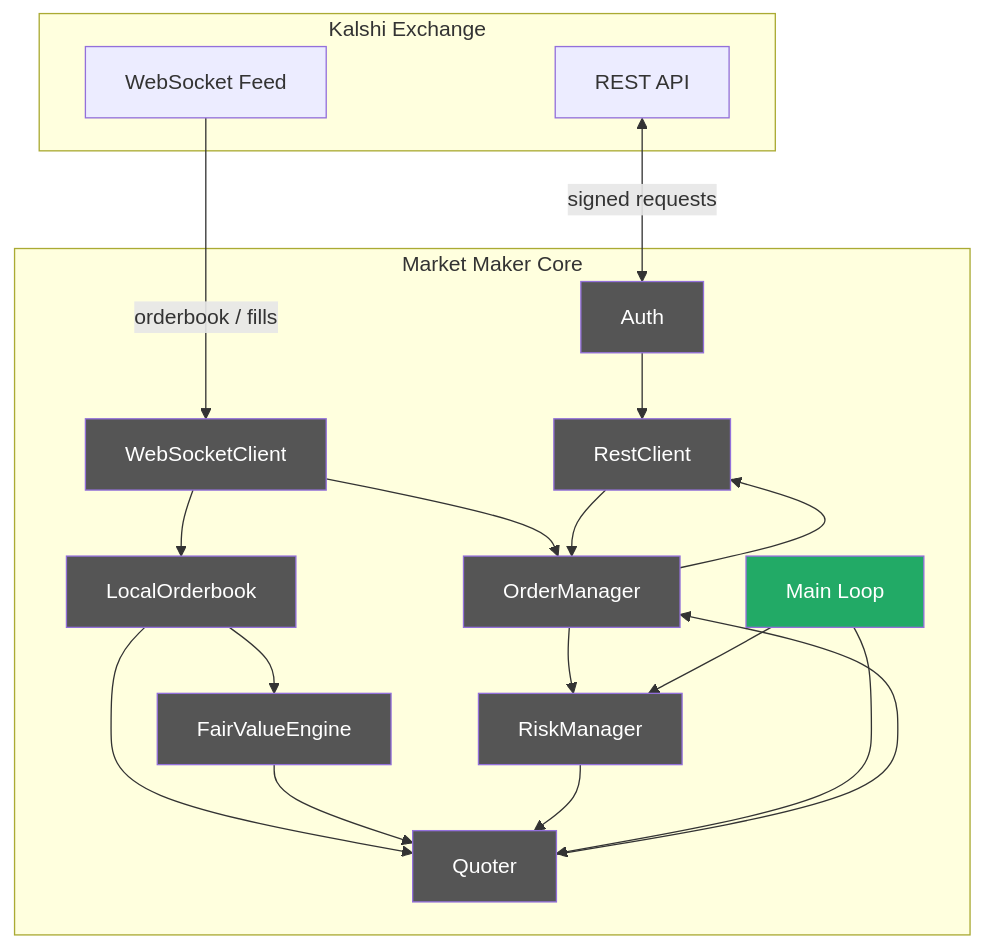
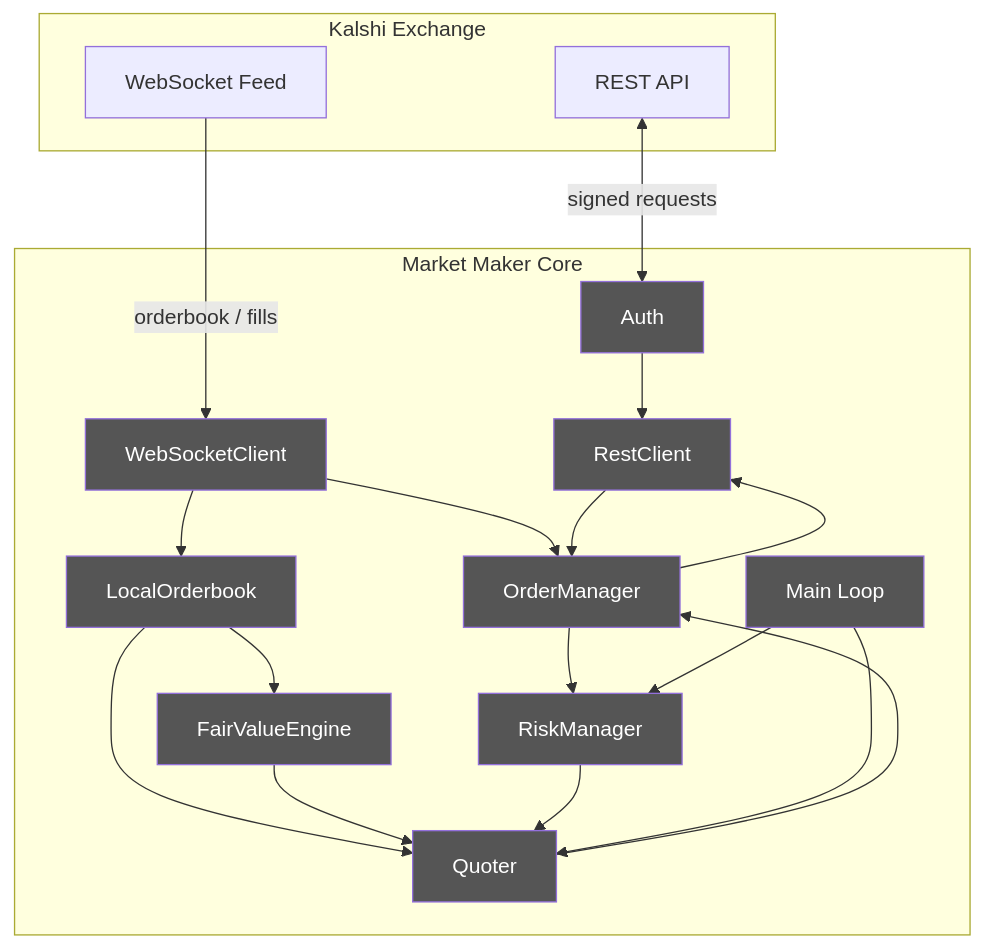
One commit to jfreun123/kalshi-market-maker changed diagram 12 of 12 in PLAN.md. Above: the diagram before and after it, drawn with Mermaid. The commit also changed other lines of this file, not shown here.

Commit message:
docs: mark Phase 10 complete in PLAN.md

````diff
--- a/PLAN.md
+++ b/PLAN.md
@@ -593,45 +593,45 @@
 ```mermaid
 graph TD
     subgraph Exchange ["Kalshi Exchange"]
         REST["REST API"]
         WS["WebSocket Feed"]
     end
 
     subgraph Core ["Market Maker Core"]
         AUTH["Auth"]
         HTTP["RestClient"]
         WSCONN["WebSocketClient"]
         OB["LocalOrderbook"]
         OM["OrderManager"]
         RM["RiskManager"]
         FV["FairValueEngine"]
         QE["Quoter"]
         LOOP["Main Loop"]
     end
 
     REST <-->|signed requests| AUTH
     AUTH --> HTTP
     WS -->|orderbook / fills| WSCONN
     WSCONN --> OB
     WSCONN --> OM
     HTTP --> OM
     OB --> FV
     OB --> QE
     FV --> QE
     RM --> QE
     QE --> OM
     OM --> HTTP
     OM --> RM
     LOOP --> QE
     LOOP --> RM
 
     style AUTH fill:#555,color:#fff
     style HTTP fill:#555,color:#fff
     style WSCONN fill:#555,color:#fff
     style OB fill:#555,color:#fff
     style OM fill:#555,color:#fff
     style RM fill:#555,color:#fff
     style FV fill:#555,color:#fff
     style QE fill:#555,color:#fff
-    style LOOP fill:#2a6,color:#fff
+    style LOOP fill:#555,color:#fff
 ```
````
